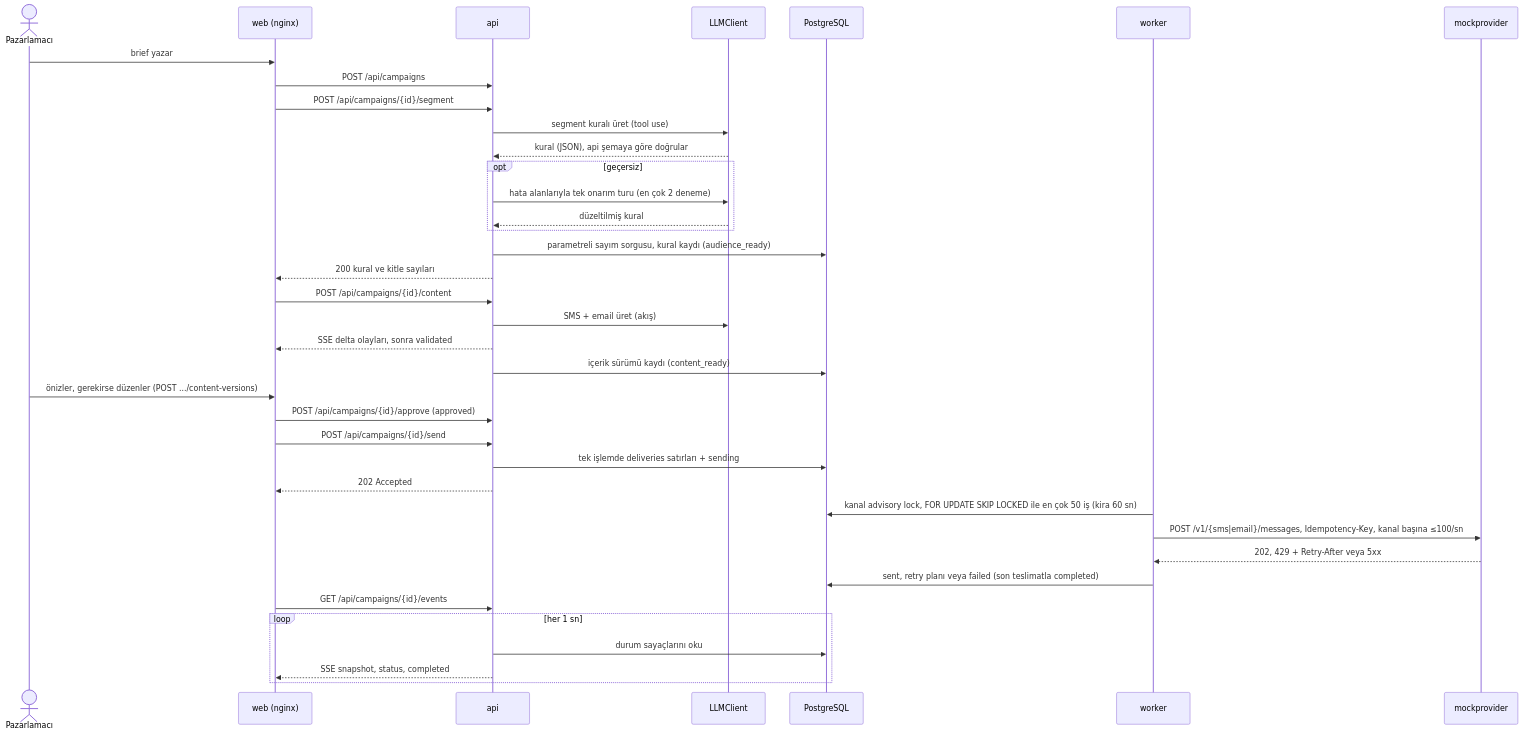
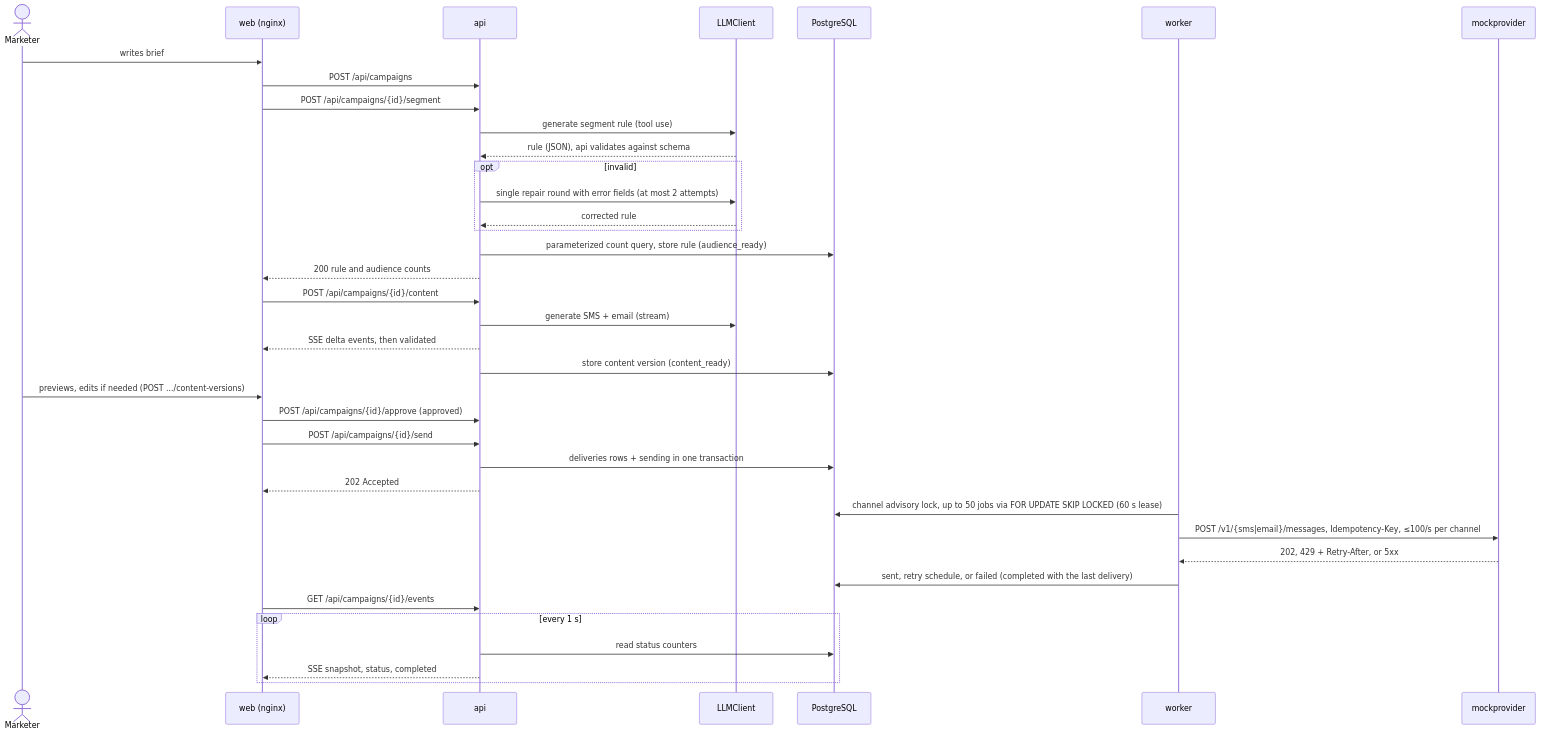
One commit to gulcint/smart-campaign-composer changed the first of 3 diagrams in README.md. Above: the diagram before and after it, drawn with Mermaid. The commit also changed other lines of this file and 1 other file, not shown here.

````diff
--- a/README.md
+++ b/README.md
@@ -66,40 +66,40 @@
 ```mermaid
 sequenceDiagram
-  actor M as Pazarlamacı
+  actor M as Marketer
   participant W as web (nginx)
   participant A as api
   participant L as LLMClient
   participant D as PostgreSQL
   participant K as worker
   participant P as mockprovider
 
-  M->>W: brief yazar
+  M->>W: writes brief
   W->>A: POST /api/campaigns
   W->>A: POST /api/campaigns/{id}/segment
-  A->>L: segment kuralı üret (tool use)
-  L-->>A: kural (JSON), api şemaya göre doğrular
-  opt geçersiz
-    A->>L: hata alanlarıyla tek onarım turu (en çok 2 deneme)
-    L-->>A: düzeltilmiş kural
+  A->>L: generate segment rule (tool use)
+  L-->>A: rule (JSON), api validates against schema
+  opt invalid
+    A->>L: single repair round with error fields (at most 2 attempts)
+    L-->>A: corrected rule
   end
-  A->>D: parametreli sayım sorgusu, kural kaydı (audience_ready)
-  A-->>W: 200 kural ve kitle sayıları
+  A->>D: parameterized count query, store rule (audience_ready)
+  A-->>W: 200 rule and audience counts
   W->>A: POST /api/campaigns/{id}/content
-  A->>L: SMS + email üret (akış)
-  A-->>W: SSE delta olayları, sonra validated
-  A->>D: içerik sürümü kaydı (content_ready)
-  M->>W: önizler, gerekirse düzenler (POST .../content-versions)
+  A->>L: generate SMS + email (stream)
+  A-->>W: SSE delta events, then validated
+  A->>D: store content version (content_ready)
+  M->>W: previews, edits if needed (POST .../content-versions)
   W->>A: POST /api/campaigns/{id}/approve (approved)
   W->>A: POST /api/campaigns/{id}/send
-  A->>D: tek işlemde deliveries satırları + sending
+  A->>D: deliveries rows + sending in one transaction
   A-->>W: 202 Accepted
-  K->>D: kanal advisory lock, FOR UPDATE SKIP LOCKED ile en çok 50 iş (kira 60 sn)
-  K->>P: POST /v1/{sms|email}/messages, Idempotency-Key, kanal başına ≤100/sn
-  P-->>K: 202, 429 + Retry-After veya 5xx
-  K->>D: sent, retry planı veya failed (son teslimatla completed)
+  K->>D: channel advisory lock, up to 50 jobs via FOR UPDATE SKIP LOCKED (60 s lease)
+  K->>P: POST /v1/{sms|email}/messages, Idempotency-Key, ≤100/s per channel
+  P-->>K: 202, 429 + Retry-After, or 5xx
+  K->>D: sent, retry schedule, or failed (completed with the last delivery)
   W->>A: GET /api/campaigns/{id}/events
-  loop her 1 sn
-    A->>D: durum sayaçlarını oku
+  loop every 1 s
+    A->>D: read status counters
     A-->>W: SSE snapshot, status, completed
   end
 ```
````
